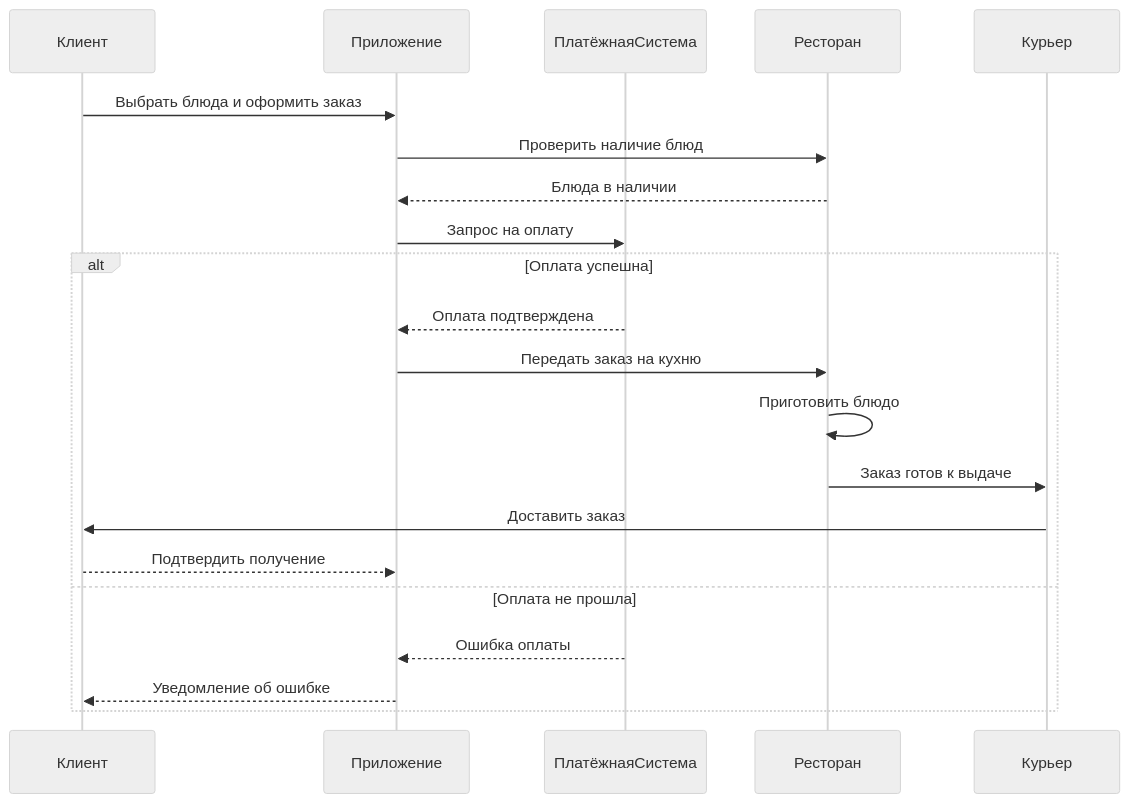
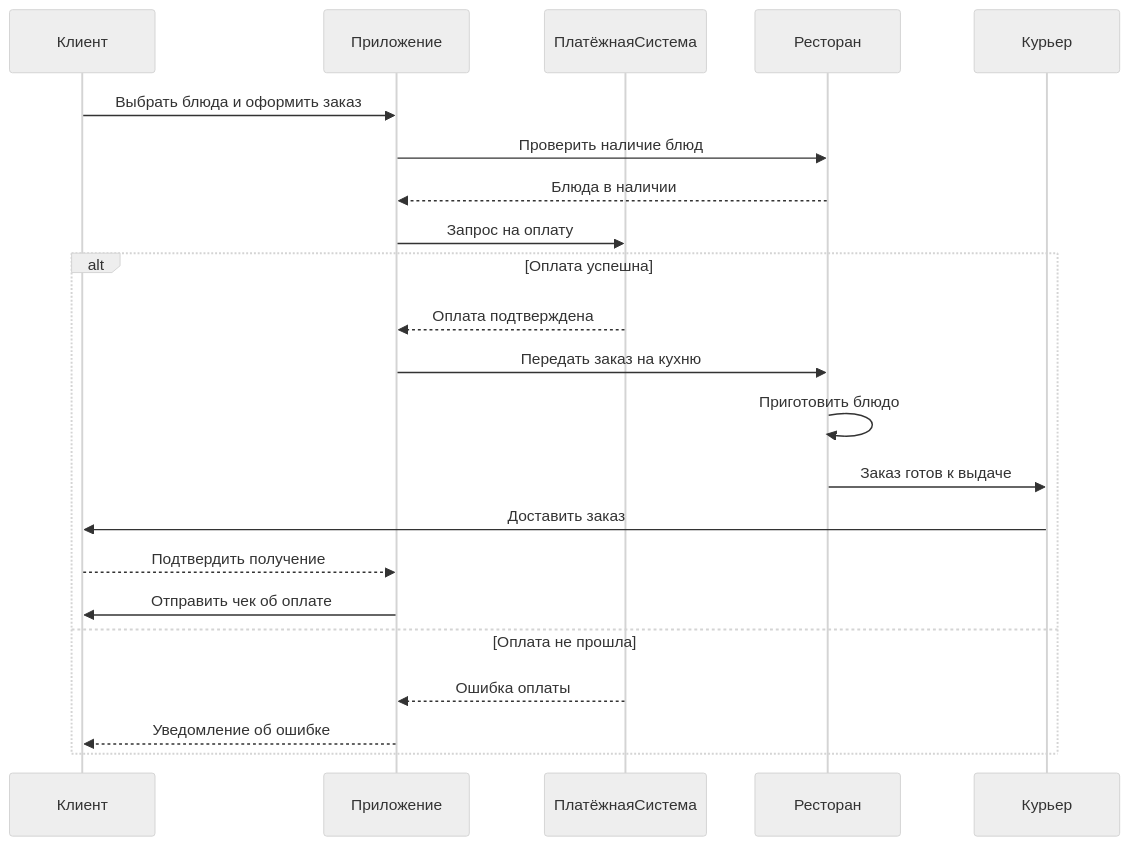
The diagram in lab1/docs/sequence.md (vladsnegg/visual-programming-labs-Sniahurski), drawn with Mermaid (neutral theme) before and after one commit. The commit also changed other lines of this file and 2 other files, not shown here.

Commit message:
Update diagrams: add minor elements for diff demonstration; remove unused svg

````diff
--- a/lab1/docs/sequence.md
+++ b/lab1/docs/sequence.md
@@ -5,26 +5,27 @@
 ```mermaid
 sequenceDiagram
     participant Клиент
     participant Приложение
     participant ПлатёжнаяСистема
     participant Ресторан
     participant Курьер
 
     Клиент->>Приложение: Выбрать блюда и оформить заказ
     Приложение->>Ресторан: Проверить наличие блюд
     Ресторан-->>Приложение: Блюда в наличии
 
     Приложение->>ПлатёжнаяСистема: Запрос на оплату
 
     alt Оплата успешна
         ПлатёжнаяСистема-->>Приложение: Оплата подтверждена
         Приложение->>Ресторан: Передать заказ на кухню
         Ресторан->>Ресторан: Приготовить блюдо
         Ресторан->>Курьер: Заказ готов к выдаче
         Курьер->>Клиент: Доставить заказ
         Клиент-->>Приложение: Подтвердить получение
+        Приложение->>Клиент: Отправить чек об оплате
     else Оплата не прошла
         ПлатёжнаяСистема-->>Приложение: Ошибка оплаты
         Приложение-->>Клиент: Уведомление об ошибке
     end
 ```
````
